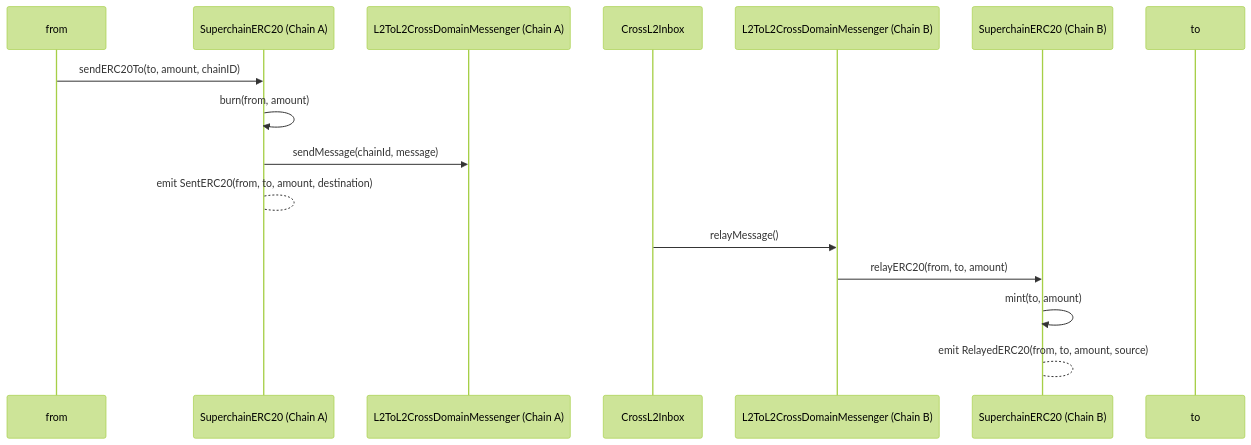
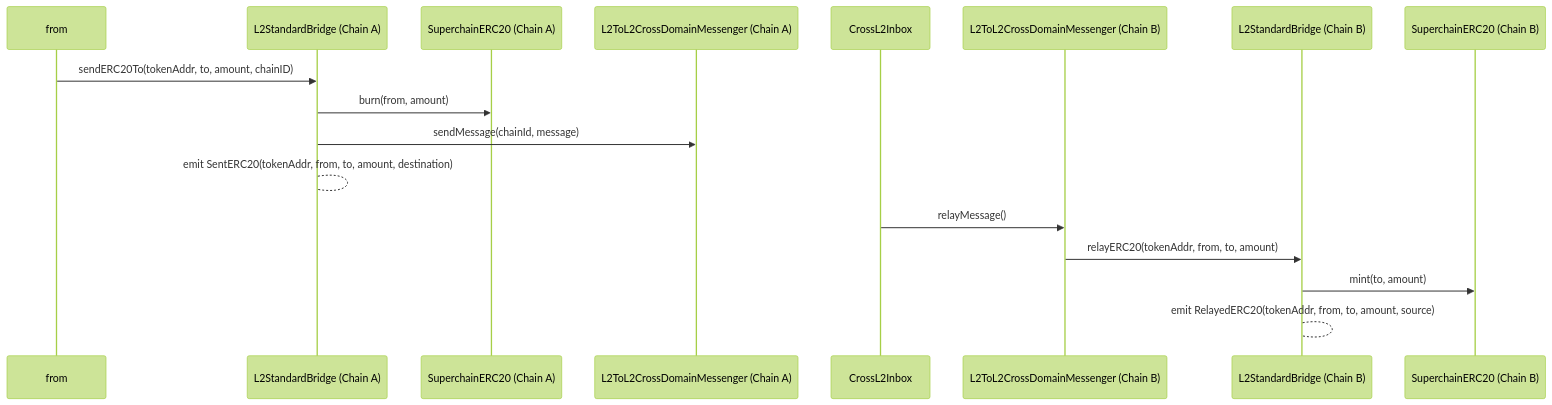
The first of 3 diagrams in specs/interop/token-bridging.md (ethereum-optimism/specs), drawn with Mermaid (forest theme) before and after one commit. The commit also changed other lines of this file, not shown here.

Commit message:
feat: token-bridging.md redesign to use the InteropStandardBridge instead of the token itself for bridging

````diff
--- a/specs/interop/token-bridging.md
+++ b/specs/interop/token-bridging.md
@@ -86,19 +111,20 @@
 ```mermaid
 sequenceDiagram
   participant from
+  participant L2SBA as L2StandardBridge (Chain A)
   participant SuperERC20_A as SuperchainERC20 (Chain A)
   participant Messenger_A as L2ToL2CrossDomainMessenger (Chain A)
   participant Inbox as CrossL2Inbox
   participant Messenger_B as L2ToL2CrossDomainMessenger (Chain B)
+  participant L2SBB as L2StandardBridge (Chain B)
   participant SuperERC20_B as SuperchainERC20 (Chain B)
-  participant Recipient as to
 
-  from->>SuperERC20_A: sendERC20To(to, amount, chainID)
-  SuperERC20_A->>SuperERC20_A: burn(from, amount)
-  SuperERC20_A->>Messenger_A: sendMessage(chainId, message)
-  SuperERC20_A-->SuperERC20_A: emit SentERC20(from, to, amount, destination)
+  from->>L2SBA: sendERC20To(tokenAddr, to, amount, chainID)
+  L2SBA->>SuperERC20_A: burn(from, amount)
+  L2SBA->>Messenger_A: sendMessage(chainId, message)
+  L2SBA-->L2SBA: emit SentERC20(tokenAddr, from, to, amount, destination)
   Inbox->>Messenger_B: relayMessage()
-  Messenger_B->>SuperERC20_B: relayERC20(from, to, amount)
-  SuperERC20_B->>SuperERC20_B: mint(to, amount)
-  SuperERC20_B-->SuperERC20_B: emit RelayedERC20(from, to, amount, source)
+  Messenger_B->>L2SBB: relayERC20(tokenAddr, from, to, amount)
+  L2SBB->>SuperERC20_B: mint(to, amount)
+  L2SBB-->L2SBB: emit RelayedERC20(tokenAddr, from, to, amount, source)
 ```
````
